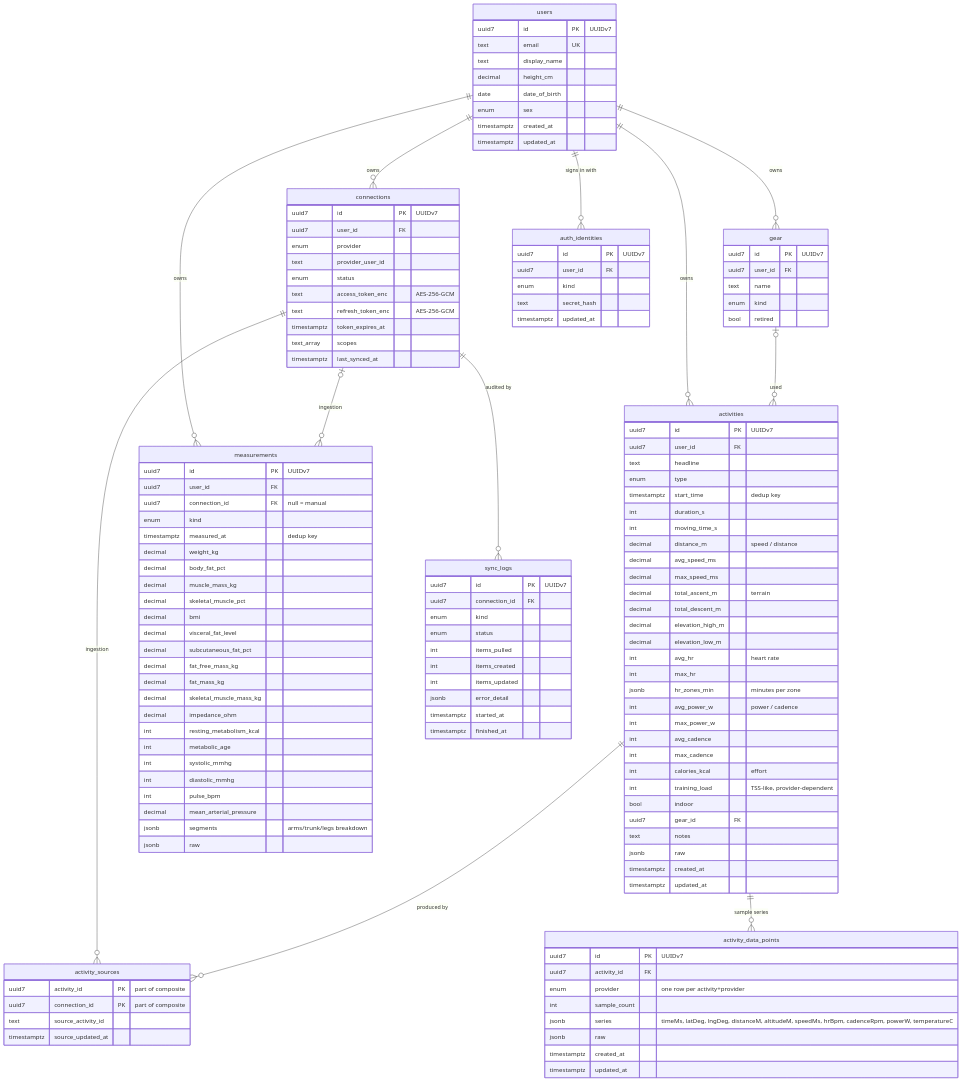
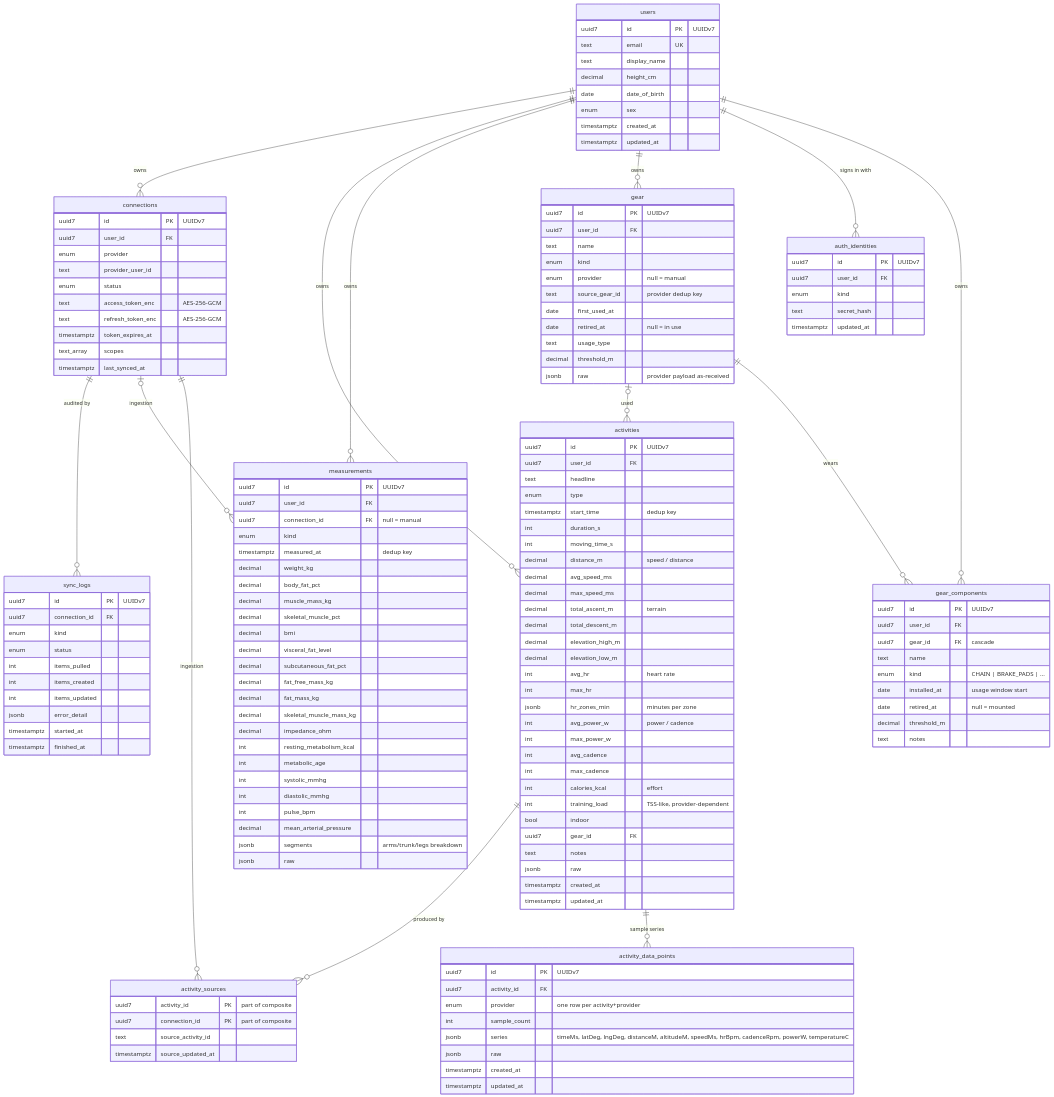
One commit to tzulberti/stridash changed the diagram in docs/db-diagram.md. Above: the diagram before and after it, drawn with Mermaid. The commit also changed 17 other files, not shown here.

First line of the commit message:
feat: Garmin gear sync + wear-item components; Endurain feature-gap doc

```diff
--- a/docs/db-diagram.md
+++ b/docs/db-diagram.md
@@ -24,6 +24,8 @@
     activities ||--o{ activity_sources : "produced by"
     activities ||--o{ activity_data_points : "sample series"
     gear |o--o{ activities : used
+    gear ||--o{ gear_components : "wears"
+    users ||--o{ gear_components : owns
 
     users {
         uuid7 id PK "UUIDv7"
@@ -118,7 +120,24 @@
         uuid7 user_id FK
         text name
         enum kind
-        bool retired
+        enum provider "null = manual"
+        text source_gear_id "provider dedup key"
+        date first_used_at
+        date retired_at "null = in use"
+        text usage_type
+        decimal threshold_m
+        jsonb raw "provider payload as-received"
+    }
+    gear_components {
+        uuid7 id PK "UUIDv7"
+        uuid7 user_id FK
+        uuid7 gear_id FK "cascade"
+        text name
+        enum kind "CHAIN | BRAKE_PADS | ..."
+        date installed_at "usage window start"
+        date retired_at "null = mounted"
+        decimal threshold_m
+        text notes
     }
     measurements {
         uuid7 id PK "UUIDv7"
```
